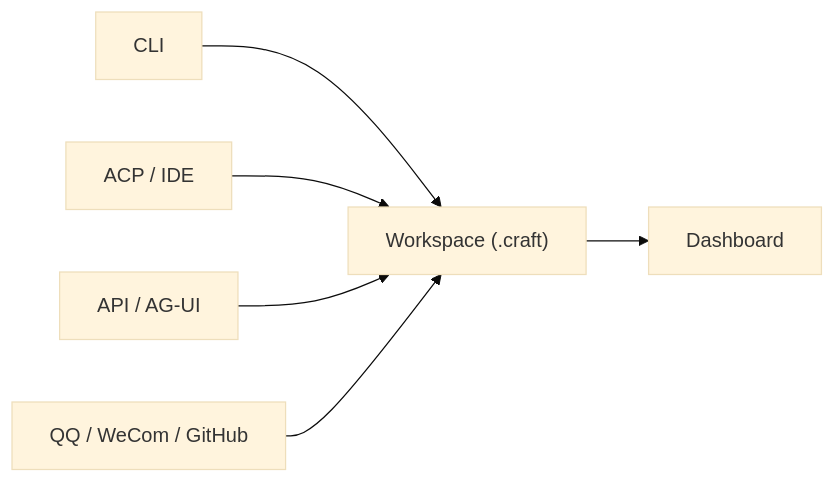
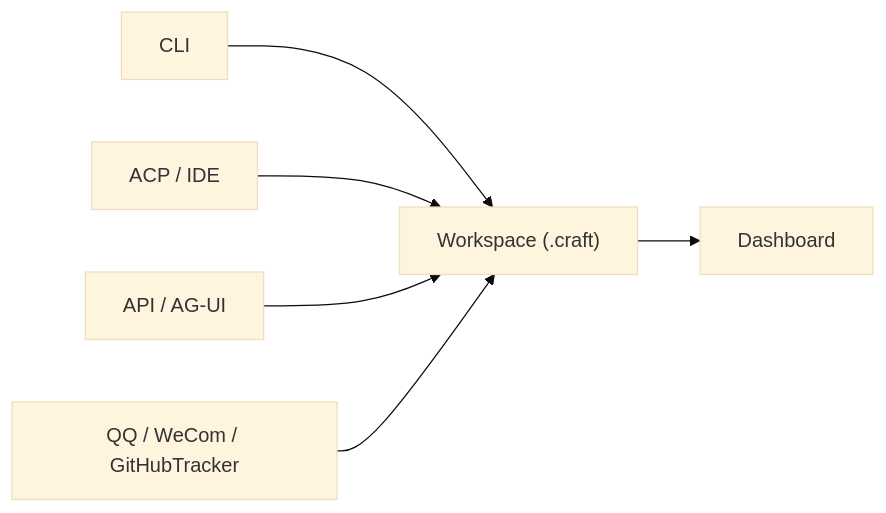
One commit to DotCraftDev/dotcraft changed the diagram in README.md. Above: the diagram before and after it, drawn with Mermaid (base theme). The commit also changed other lines of this file and 1 other file, not shown here.

````diff
--- a/README.md
+++ b/README.md
@@ -111,15 +42,15 @@
 ```mermaid
 flowchart LR
     Cli["CLI"]
     Ide["ACP / IDE"]
     Api["API / AG-UI"]
-    Bots["QQ / WeCom / GitHub"]
+    Bots["QQ / WeCom / GitHubTracker"]
     Workspace["Workspace (.craft)"]
     Dashboard["Dashboard"]
 
     Cli --> Workspace
     Ide --> Workspace
     Api --> Workspace
     Bots --> Workspace
     Workspace --> Dashboard
 ```
````
